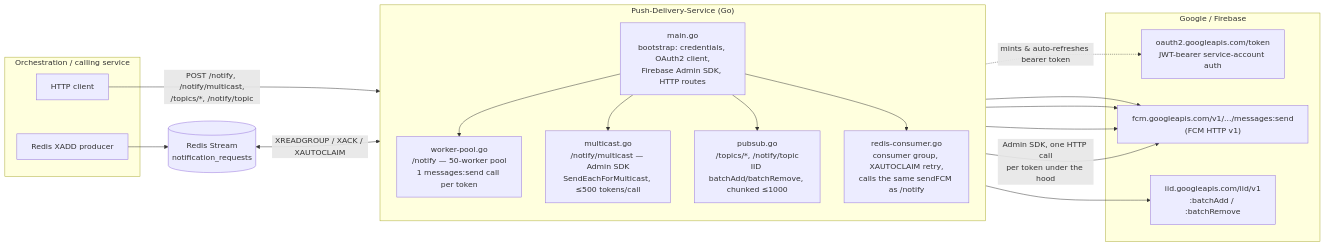
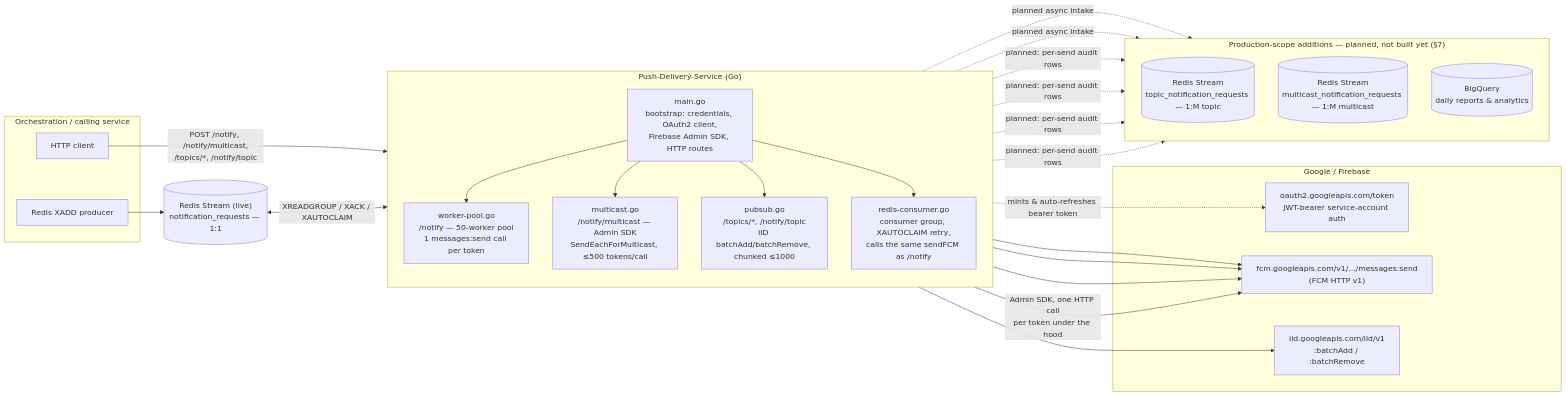
One commit to pragyanshnigam-swastika/Push-Notification-POC changed the diagram in docs/api-documentation.md. Above: the diagram before and after it, drawn with Mermaid. The commit also changed other lines of this file, not shown here.

First line of the commit message:
Document two planned production-scope additions: per-path Redis isolation and BigQuery reporting

````diff
--- a/docs/api-documentation.md
+++ b/docs/api-documentation.md
@@ -22,36 +30,47 @@
 ```mermaid
 flowchart LR
     subgraph Caller["Orchestration / calling service"]
         HTTPClient["HTTP client"]
         RedisProducer["Redis XADD producer"]
     end
 
     subgraph Svc["Push-Delivery-Service (Go)"]
         direction TB
         Main["main.go\nbootstrap: credentials, OAuth2 client,\nFirebase Admin SDK, HTTP routes"]
         WP["worker-pool.go\n/notify — 50-worker pool\n1 messages:send call per token"]
         MC["multicast.go\n/notify/multicast — Admin SDK\nSendEachForMulticast, ≤500 tokens/call"]
         PS["pubsub.go\n/topics/*, /notify/topic\nIID batchAdd/batchRemove, chunked ≤1000"]
         RC["redis-consumer.go\nconsumer group, XAUTOCLAIM retry,\ncalls the same sendFCM as /notify"]
         Main --> WP & MC & PS & RC
     end
 
     subgraph Google["Google / Firebase"]
         OAuth["oauth2.googleapis.com/token\nJWT-bearer service-account auth"]
         FCM["fcm.googleapis.com/v1/.../messages:send\n(FCM HTTP v1)"]
         IID["iid.googleapis.com/iid/v1\n:batchAdd / :batchRemove"]
     end
 
-    Redis[("Redis Stream\nnotification_requests")]
+    Redis1to1[("Redis Stream (live)\nnotification_requests — 1:1")]
+
+    subgraph Planned["Production-scope additions — planned, not built yet (§7)"]
+        direction TB
+        RedisTopic[("Redis Stream\ntopic_notification_requests — 1:M topic")]
+        RedisMulticast[("Redis Stream\nmulticast_notification_requests — 1:M multicast")]
+        BQ[("BigQuery\ndaily reports & analytics")]
+    end
 
     HTTPClient -->|"POST /notify, /notify/multicast,\n/topics/*, /notify/topic"| Main
-    RedisProducer --> Redis
-    Redis <-->|"XREADGROUP / XACK / XAUTOCLAIM"| RC
+    RedisProducer --> Redis1to1
+    Redis1to1 <-->|"XREADGROUP / XACK / XAUTOCLAIM"| RC
 
     Main -.->|mints & auto-refreshes bearer token| OAuth
     WP --> FCM
     RC --> FCM
     PS --> FCM
     PS --> IID
     MC -->|"Admin SDK, one HTTP call\nper token under the hood"| FCM
+
+    PS -.->|planned async intake| RedisTopic
+    MC -.->|planned async intake| RedisMulticast
+    WP & MC & PS & RC -.->|planned: per-send audit rows| BQ
 ```
````
